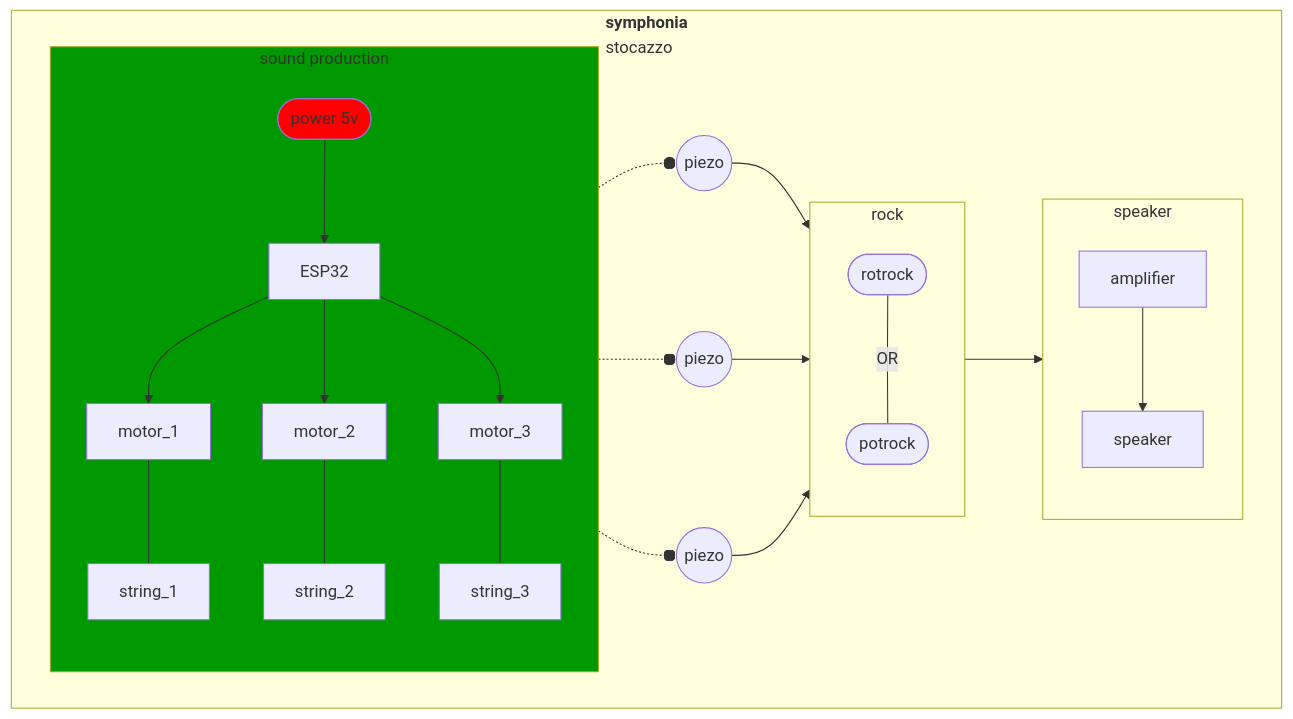
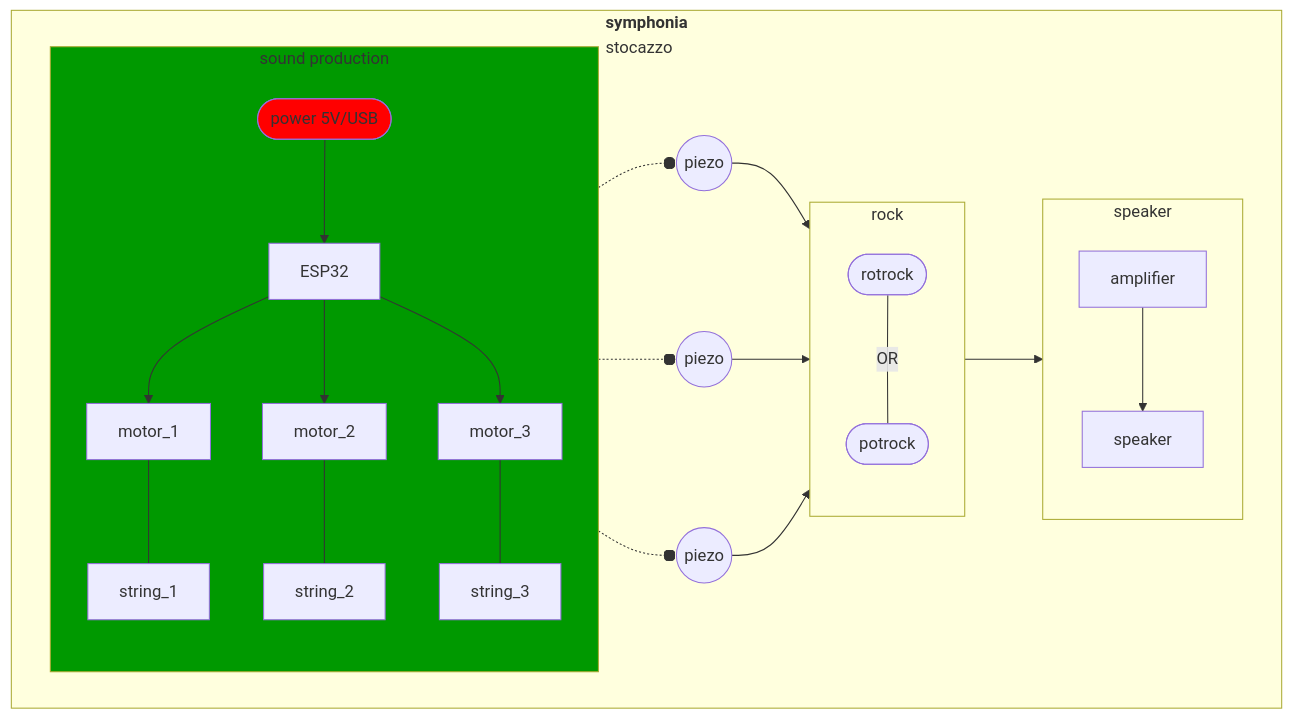
Before and after one commit to Hortus-Deliciarum/docz: the fourth of 9 diagrams in README.md, drawn with Mermaid. The commit also changed other lines of this file, not shown here.

````diff
--- a/README.md
+++ b/README.md
@@ -74,33 +74,33 @@
 ```mermaid
 flowchart LR
 
 classDef ppp fill:#FF0000
 classDef sp fill:#009900
 
 subgraph symphonia[<div><b>symphonia</b></div><div>stocazzo</div>]
     direction LR
     subgraph sound["sound production"]
         direction TB
-        p(["power 5v"]):::ppp --> ESP32
+        p(["power 5V/USB"]):::ppp --> ESP32
         ESP32 --> motor_1 --- string_1
         ESP32 --> motor_2 --- string_2
         ESP32 --> motor_3 --- string_3
     end
 
     subgraph S["speaker"]
         direction TB
         amplifier --> speaker
     end
 
     subgraph dsp["rock"]
         direction TB
         r1([rotrock]) --- |OR| r2([potrock])
     end
 
     string_1-.-o piezo1((piezo))-->dsp-->S
     string_2-.-o piezo2((piezo))-->dsp
     string_3-.-o piezo3((piezo))-->dsp
 end
 
 sound:::sp
 ```
````
